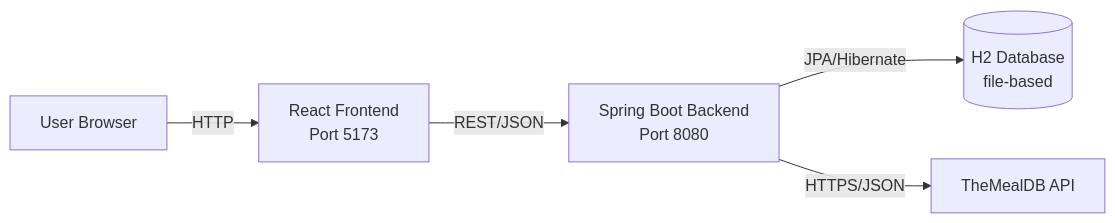
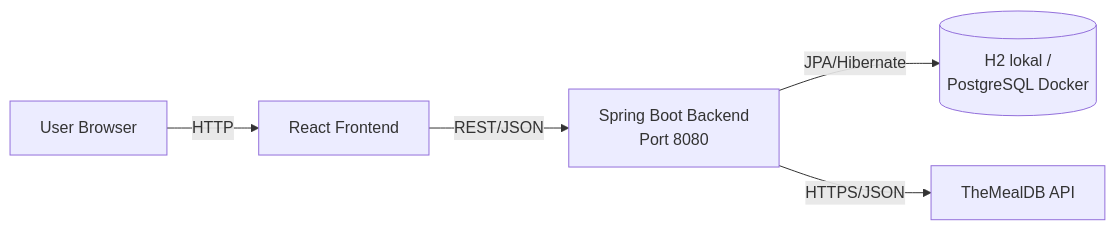
The first of 2 diagrams in README.md (ayMischa/mealplanner), drawn with Mermaid before and after one commit. The commit also changed other lines of this file, not shown here.

````diff
--- a/README.md
+++ b/README.md
@@ -18,13 +25,13 @@
 ```mermaid
 graph LR
     User[User Browser]
-    Frontend[React Frontend<br/>Port 5173]
+    Frontend[React Frontend]
     Backend[Spring Boot Backend<br/>Port 8080]
-    DB[(H2 Database<br/>file-based)]
+    DB[(H2 lokal /<br/>PostgreSQL Docker)]
     MealDB[TheMealDB API]
 
     User -->|HTTP| Frontend
     Frontend -->|REST/JSON| Backend
     Backend -->|JPA/Hibernate| DB
     Backend -->|HTTPS/JSON| MealDB
 ```
````
